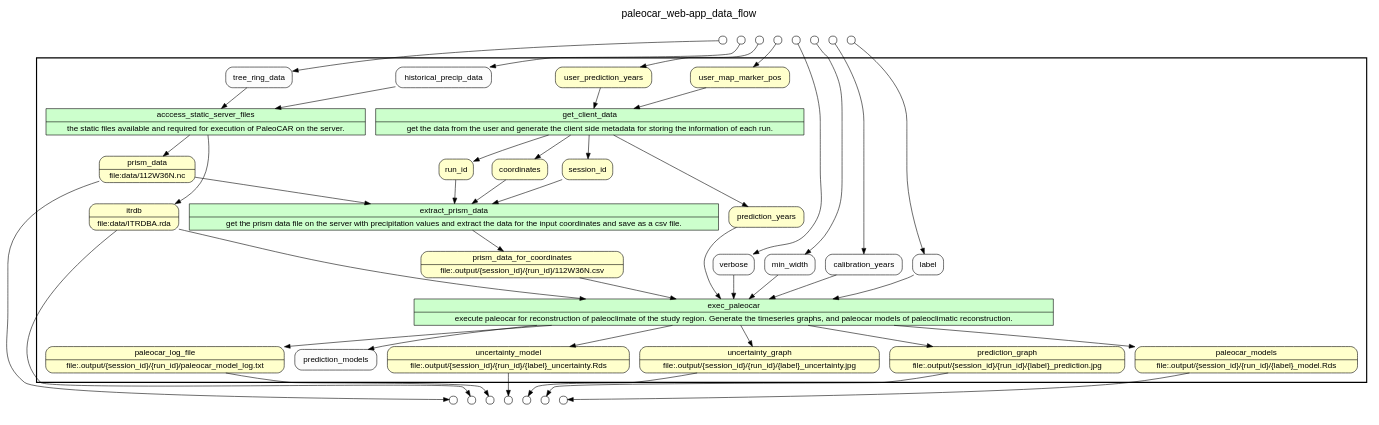
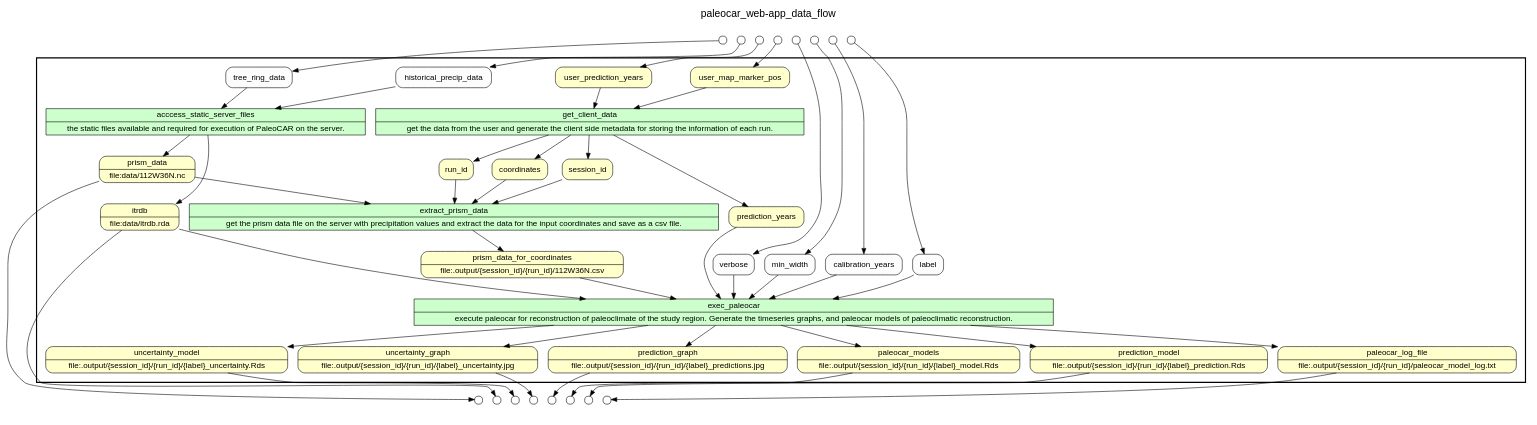
One commit to idaks/wt-prov-Summer-2017 changed the diagram in yw/gv_files/main.gv. Above: the diagram before and after it, drawn with Graphviz. The commit also changed 119 other files, not shown here.

```diff
--- a/yw/gv_files/main.gv
+++ b/yw/gv_files/main.gv
@@ -1,145 +1,148 @@
 
 /* Start of top-level graph */
 digraph Workflow {
 rankdir=TB
 
 /* Title for graph */
 fontname=Helvetica; fontsize=18; labelloc=t
 label="paleocar_web-app_data_flow"
 
 /* Start of double cluster for drawing box around nodes in workflow */
 subgraph cluster_workflow_box_outer { label=""; color=black; penwidth=2
 subgraph cluster_workflow_box_inner { label=""; penwidth=0
 
 /* Style for nodes representing atomic programs in workflow */
 node[shape=box style=filled fillcolor="#CCFFCC" peripheries=1 fontname=Helvetica]
 
 /* Nodes representing atomic programs in workflow */
 get_client_data [shape=record rankdir=LR label="{<f0> get_client_data |<f1> get the data from the user and generate the client side metadata for storing the information of each run.}"];
 acccess_static_server_files [shape=record rankdir=LR label="{<f0> acccess_static_server_files |<f1> the static files available and required for execution of PaleoCAR on the server.}"];
 extract_prism_data [shape=record rankdir=LR label="{<f0> extract_prism_data |<f1> get the prism data file on the server with precipitation values and extract the data for the input coordinates and save as a csv file.}"];
 exec_paleocar [shape=record rankdir=LR label="{<f0> exec_paleocar |<f1> execute paleocar for reconstruction of paleoclimate of the study region. Generate the timeseries graphs, and paleocar models of paleoclimatic reconstruction.}"];
 
 /* Style for nodes representing non-parameter data channels in workflow */
 node[shape=box style="rounded,filled" fillcolor="#FFFFCC" peripheries=1 fontname=Helvetica]
 
 /* Nodes for non-parameter data channels in workflow */
 prism_data [shape=record rankdir=LR label="{<f0> prism_data |<f1> file\:data/112W36N.nc}"];
-itrdb [shape=record rankdir=LR label="{<f0> itrdb |<f1> file\:data/ITRDBA.rda}"];
-prediction_graph [shape=record rankdir=LR label="{<f0> prediction_graph |<f1> file\:.output/\{session_id\}/\{run_id\}/\{label\}_prediction.jpg}"];
+itrdb [shape=record rankdir=LR label="{<f0> itrdb |<f1> file\:data/itrdb.rda}"];
+prediction_graph [shape=record rankdir=LR label="{<f0> prediction_graph |<f1> file\:.output/\{session_id\}/\{run_id\}/\{label\}_predictions.jpg}"];
 paleocar_models [shape=record rankdir=LR label="{<f0> paleocar_models |<f1> file\:.output/\{session_id\}/\{run_id\}/\{label\}_model.Rds}"];
+prediction_model [shape=record rankdir=LR label="{<f0> prediction_model |<f1> file\:.output/\{session_id\}/\{run_id\}/\{label\}_prediction.Rds}"];
 paleocar_log_file [shape=record rankdir=LR label="{<f0> paleocar_log_file |<f1> file\:.output/\{session_id\}/\{run_id\}/paleocar_model_log.txt}"];
 uncertainty_model [shape=record rankdir=LR label="{<f0> uncertainty_model |<f1> file\:.output/\{session_id\}/\{run_id\}/\{label\}_uncertainty.Rds}"];
 uncertainty_graph [shape=record rankdir=LR label="{<f0> uncertainty_graph |<f1> file\:.output/\{session_id\}/\{run_id\}/\{label\}_uncertainty.jpg}"];
 user_map_marker_pos
 user_prediction_years
 coordinates
 session_id
 run_id
 prediction_years
 prism_data_for_coordinates [shape=record rankdir=LR label="{<f0> prism_data_for_coordinates |<f1> file\:.output/\{session_id\}/\{run_id\}/112W36N.csv}"];
 
 /* Style for nodes representing parameter channels in workflow */
 node[shape=box style="rounded,filled" fillcolor="#FCFCFC" peripheries=1 fontname=Helvetica]
 
 /* Nodes representing parameter channels in workflow */
 historical_precip_data
 tree_ring_data
 calibration_years
 label
 min_width
 verbose
 
 /* Edges representing connections between programs and channels */
 get_client_data -> session_id
 get_client_data -> run_id
 get_client_data -> coordinates
 get_client_data -> prediction_years
 user_map_marker_pos -> get_client_data
 user_prediction_years -> get_client_data
 acccess_static_server_files -> prism_data
 acccess_static_server_files -> itrdb
 historical_precip_data -> acccess_static_server_files
 tree_ring_data -> acccess_static_server_files
 extract_prism_data -> prism_data_for_coordinates
 coordinates -> extract_prism_data
 session_id -> extract_prism_data
 run_id -> extract_prism_data
 prism_data -> extract_prism_data
-exec_paleocar -> prediction_models
+exec_paleocar -> prediction_model
 exec_paleocar -> prediction_graph
 exec_paleocar -> uncertainty_model
 exec_paleocar -> paleocar_models
 exec_paleocar -> uncertainty_graph
 exec_paleocar -> paleocar_log_file
 prediction_years -> exec_paleocar
 prism_data_for_coordinates -> exec_paleocar
 itrdb -> exec_paleocar
 calibration_years -> exec_paleocar
 label -> exec_paleocar
 min_width -> exec_paleocar
 verbose -> exec_paleocar
 
 /* End of double cluster for drawing box around nodes in workflow */
 }}
 
 /* Hidden double-cluster for grouping workflow input ports */
 subgraph cluster_input_ports_group_outer { label=""; penwidth=0
 subgraph cluster_input_ports_group_inner { label=""; penwidth=0
 
 /* Style for nodes representing workflow input ports */
 node[shape=circle style="rounded,filled" fillcolor="#FFFFFF" peripheries=1 fontname=Helvetica width=0.2]
 
 /* Nodes representing workflow input ports */
 user_map_marker_pos_input_port [label=""]
 user_prediction_years_input_port [label=""]
 calibration_years_input_port [label=""]
 label_input_port [label=""]
 verbose_input_port [label=""]
 min_width_input_port [label=""]
 historical_precip_data_input_port [label=""]
 tree_ring_data_input_port [label=""]
 
 /* End of double-cluster for grouping workflow input ports */
 }}
 
 /* Hidden double-cluster for grouping workflow output ports */
 subgraph cluster_output_ports_group_outer { label=""; penwidth=0
 subgraph cluster_output_ports_group_inner { label=""; penwidth=0
 
 /* Style for nodes representing workflow output ports */
 node[shape=circle style="rounded,filled" fillcolor="#FFFFFF" peripheries=1 fontname=Helvetica width=0.2]
 
 /* Nodes representing workflow output ports */
 prism_data_output_port [label=""]
 itrdb_output_port [label=""]
 prediction_graph_output_port [label=""]
 paleocar_models_output_port [label=""]
+prediction_model_output_port [label=""]
 paleocar_log_file_output_port [label=""]
 uncertainty_model_output_port [label=""]
 uncertainty_graph_output_port [label=""]
 
 /* End of double-cluster for grouping workflow output ports */
 }}
 
 /* Edges from input ports to channels */
 user_map_marker_pos_input_port -> user_map_marker_pos
 user_prediction_years_input_port -> user_prediction_years
 calibration_years_input_port -> calibration_years
 label_input_port -> label
 verbose_input_port -> verbose
 min_width_input_port -> min_width
 historical_precip_data_input_port -> historical_precip_data
 tree_ring_data_input_port -> tree_ring_data
 
 /* Edges from channels to output ports */
 prism_data -> prism_data_output_port
 itrdb -> itrdb_output_port
 prediction_graph -> prediction_graph_output_port
 paleocar_models -> paleocar_models_output_port
+prediction_model -> prediction_model_output_port
 paleocar_log_file -> paleocar_log_file_output_port
 uncertainty_model -> uncertainty_model_output_port
 uncertainty_graph -> uncertainty_graph_output_port
 
 /* End of top-level graph */
 }
```
